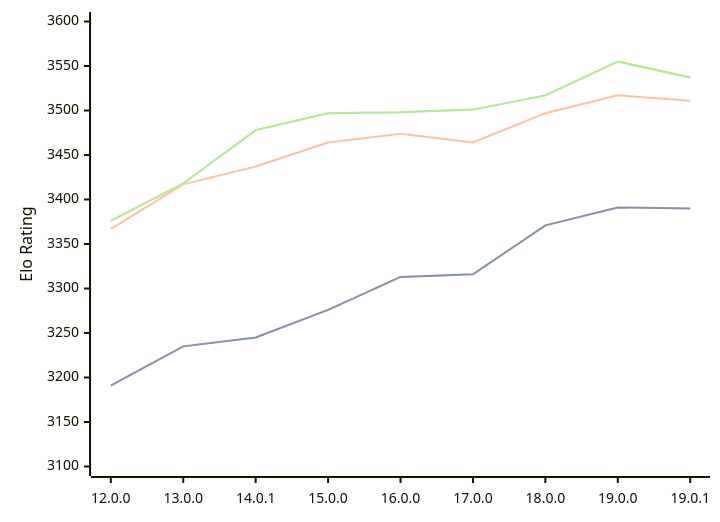
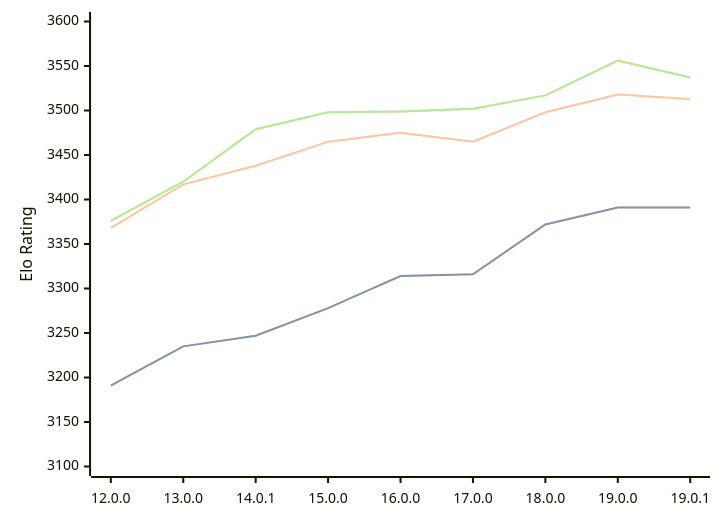
Before and after one commit to computer-chess-index/cci: the first of 3 diagrams in engines/Viridithas.md, drawn with Mermaid. The commit also changed other lines of this file, not shown here.

Commit message:
Update CCI Ratings (ELO VLTC) - 2026-06-22

````diff
--- a/engines/Viridithas.md
+++ b/engines/Viridithas.md
@@ -63,11 +63,11 @@
 ```mermaid
 %%{init: {"theme":"base","themeVariables":{"seriesColors:['#a3a3a3','#222221','#faa371']}}}%%
 xychart-beta
   x-axis ["12.0.0", "13.0.0", "14.0.1", "15.0.0", "16.0.0", "17.0.0", "18.0.0", "19.0.0", "19.0.1"]
   y-axis "Elo Rating" 3100 --> 3600
-  line "STC (8.0+0.08s)" [3191, 3235, 3245, 3276, 3313, 3316, 3371, 3391, 3390]
-  line "STC (8.0+0.08s)" [3191, 3235, 3245, 3276, 3313, 3316, 3371, 3391, 3390]
-  line "LTC (60.0+0.60s)" [3367, 3417, 3437, 3464, 3474, 3464, 3497, 3517, 3511]
-  line "VLTC (2m24s+1.12s)" [3376, 3418, 3478, 3497, 3498, 3501, 3517, 3555, 3537]
-  line "VLTC (2m24s+1.12s)" [3376, 3418, 3478, 3497, 3498, 3501, 3517, 3555, 3537]
+  line "STC (8.0+0.08s)" [3191, 3235, 3247, 3278, 3314, 3316, 3372, 3391, 3391]
+  line "STC (8.0+0.08s)" [3191, 3235, 3247, 3278, 3314, 3316, 3372, 3391, 3391]
+  line "LTC (60.0+0.60s)" [3368, 3417, 3438, 3465, 3475, 3465, 3498, 3518, 3513]
+  line "VLTC (2m24s+1.12s)" [3376, 3420, 3479, 3498, 3499, 3502, 3517, 3556, 3537]
+  line "VLTC (2m24s+1.12s)" [3376, 3420, 3479, 3498, 3499, 3502, 3517, 3556, 3537]
 ```
````
